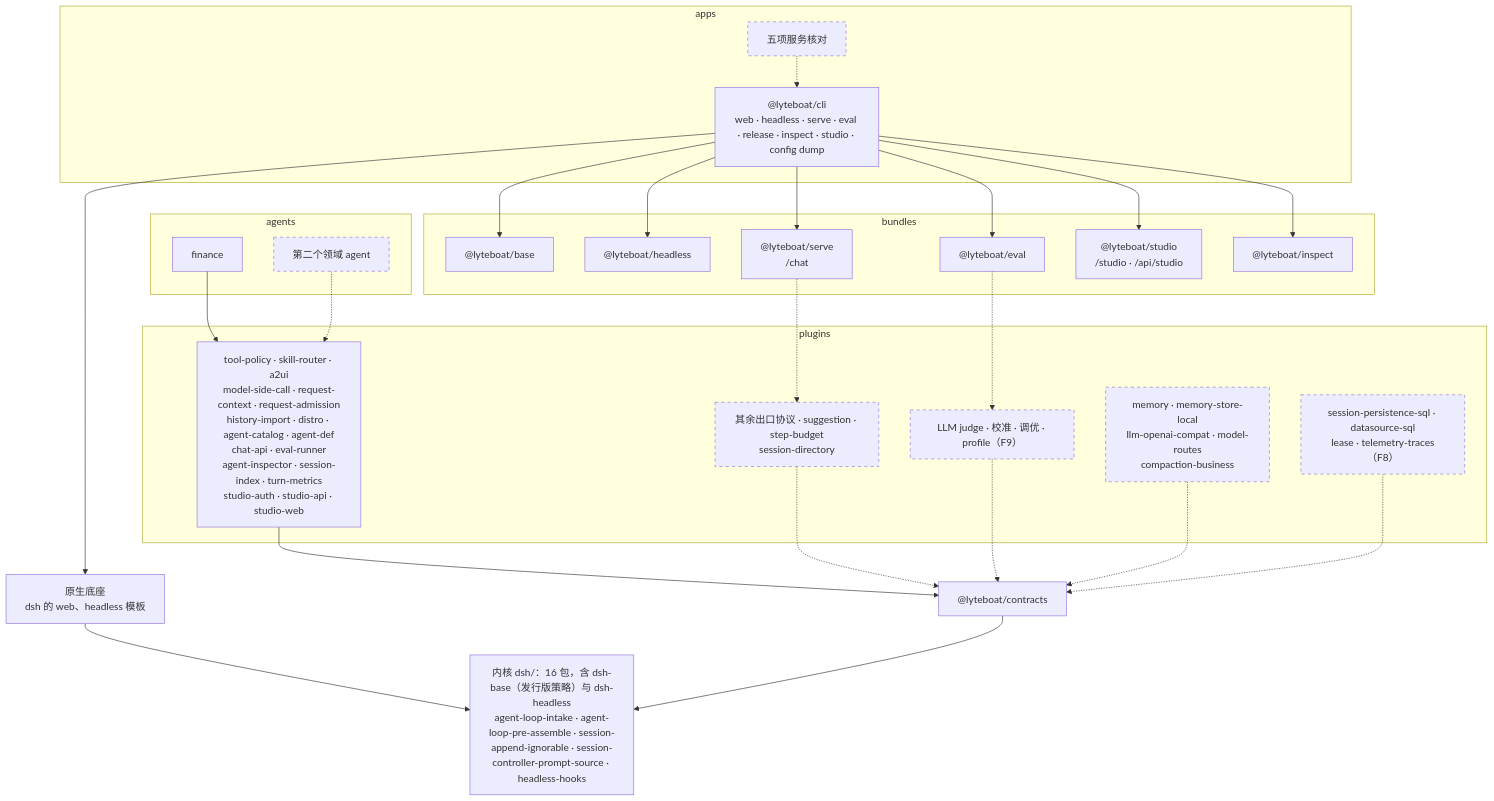
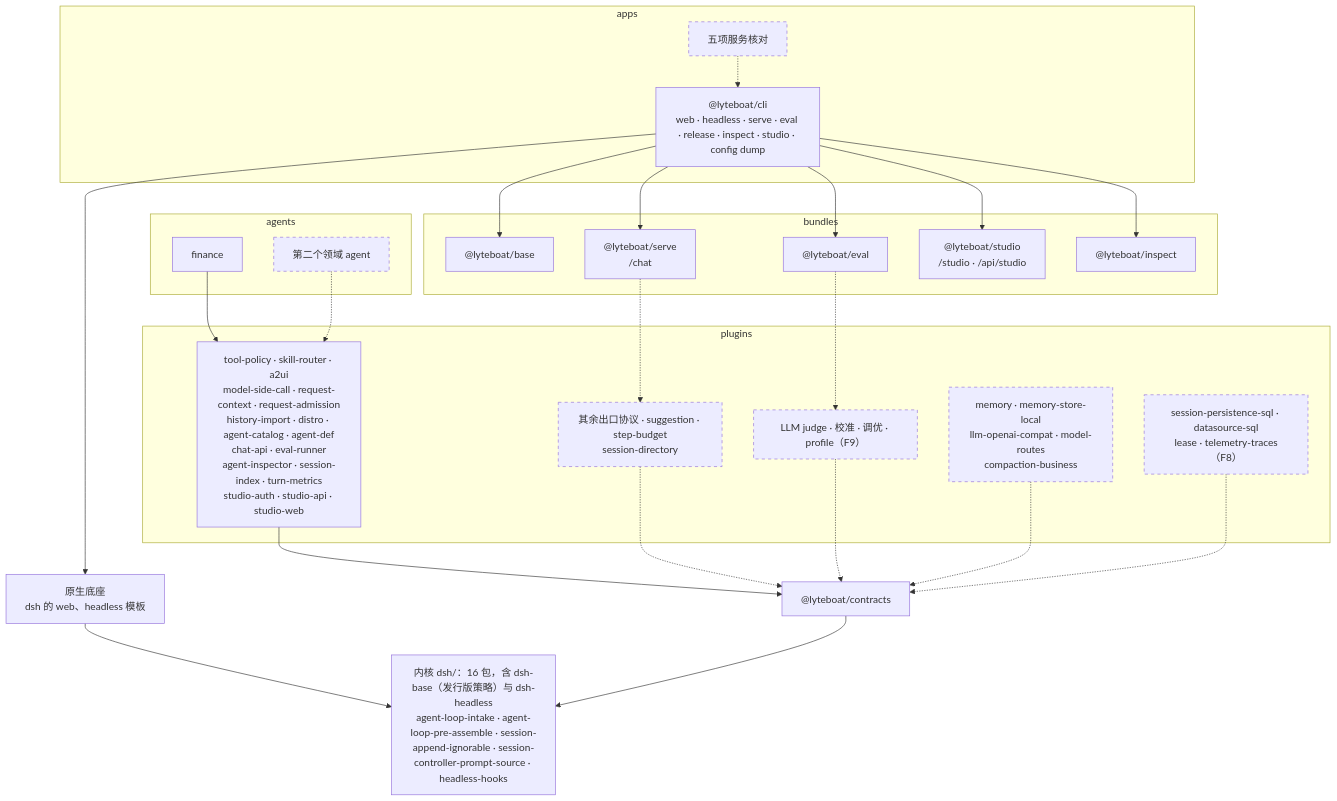
The second of 3 diagrams in docs/04-reference-alignment.md (lyteboat/lyteboat), drawn with Mermaid before and after one commit. The commit also changed other lines of this file and 4 other files, not shown here.

First line of the commit message:
docs: @lyteboat/headless — the docs run business agents through serve and /chat

````diff
--- a/docs/04-reference-alignment.md
+++ b/docs/04-reference-alignment.md
@@ -726,50 +729,48 @@
 ```mermaid
 flowchart TB
   subgraph APPS["apps"]
     CLI["@lyteboat/cli<br/>web · headless · serve · eval · release · inspect · studio · config dump"]
     CLIN["五项服务核对"]
   end
   subgraph BUNDLES["bundles"]
     BASE["@lyteboat/base"]
-    RUN["@lyteboat/headless"]
     SERVE["@lyteboat/serve<br/>/chat"]
     EVAL["@lyteboat/eval"]
     STUDIO["@lyteboat/studio<br/>/studio · /api/studio"]
     INSPECT["@lyteboat/inspect"]
   end
   subgraph AGENTS["agents"]
     FIN["finance"]
     AG2["第二个领域 agent"]
   end
   subgraph PLUGINS["plugins"]
     HAVE["tool-policy · skill-router · a2ui<br/>model-side-call · request-context · request-admission<br/>history-import · distro · agent-catalog · agent-def<br/>chat-api · eval-runner<br/>agent-inspector · session-index · turn-metrics<br/>studio-auth · studio-api · studio-web"]
     WIRE["其余出口协议 · suggestion · step-budget<br/>session-directory"]
     JUDGE["LLM judge · 校准 · 调优 · profile（F9）"]
     MEM["memory · memory-store-local<br/>llm-openai-compat · model-routes<br/>compaction-business"]
     MULTI["session-persistence-sql · datasource-sql<br/>lease · telemetry-traces（F8）"]
   end
   NATIVE["原生底座<br/>dsh 的 web、headless 模板"]
   CT["@lyteboat/contracts"]
   K["内核 dsh/：16 包，含 dsh-base（发行版策略）与 dsh-headless<br/>agent-loop-intake · agent-loop-pre-assemble · session-append-ignorable · session-controller-prompt-source · headless-hooks"]
   CLI --> NATIVE
   NATIVE --> K
   CLI --> BASE
-  CLI --> RUN
   CLI --> SERVE
   CLI --> EVAL
   CLI --> STUDIO
   CLI --> INSPECT
   CLIN -.-> CLI
   SERVE -.-> WIRE
   EVAL -.-> JUDGE
   FIN --> HAVE
   AG2 -.-> HAVE
   HAVE --> CT
   WIRE -.-> CT
   JUDGE -.-> CT
   MEM -.-> CT
   MULTI -.-> CT
   CT --> K
   classDef planned stroke-dasharray: 5 5
   class CLIN,AG2,WIRE,JUDGE,MEM,MULTI planned
 ```
````
